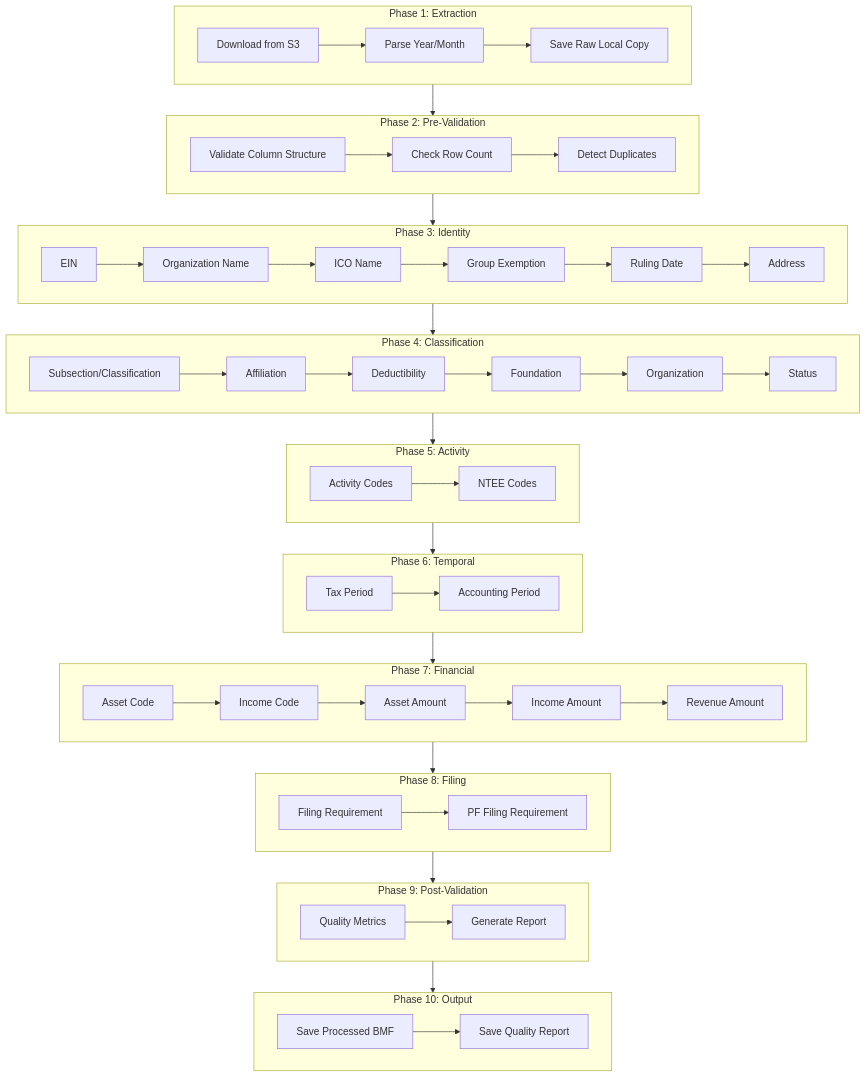
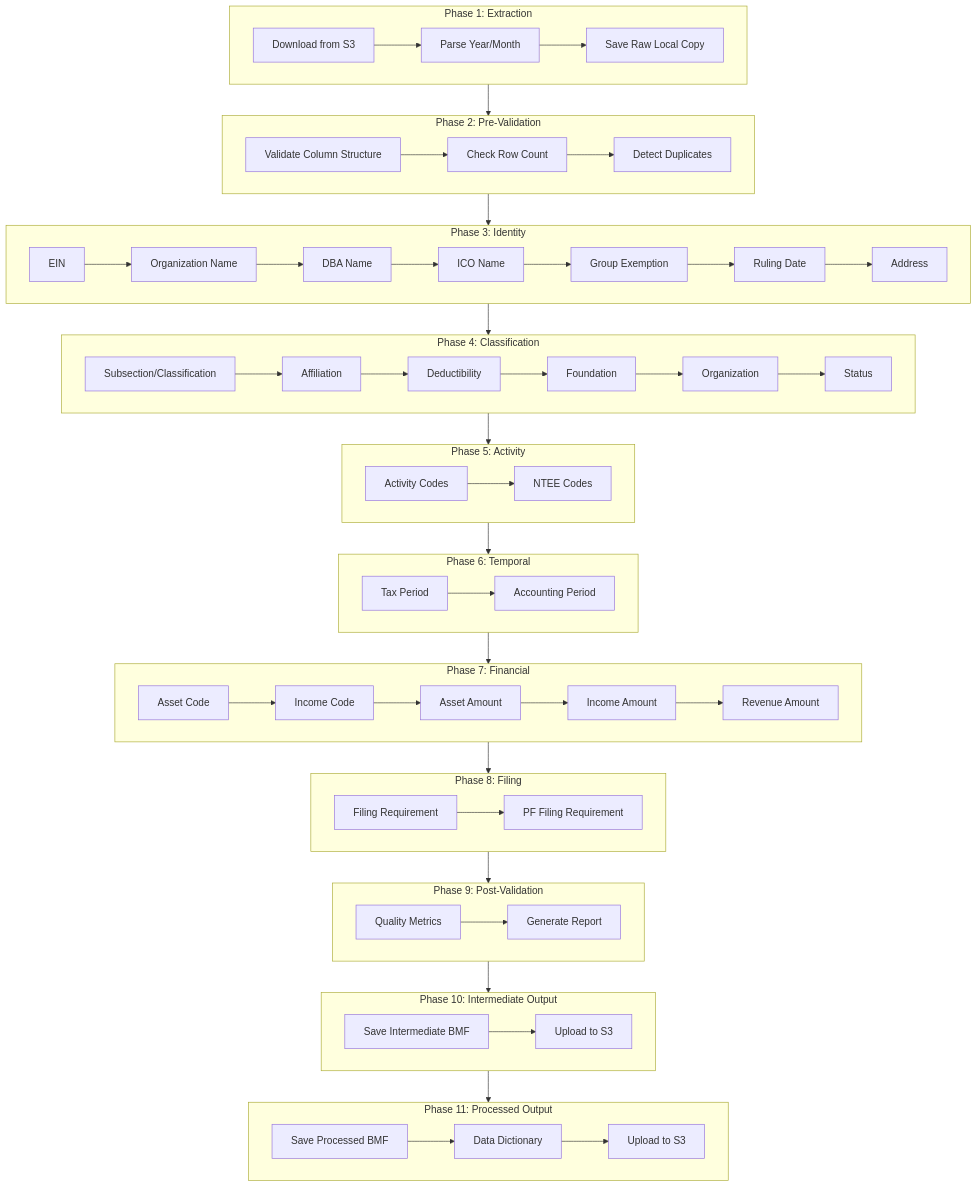
One commit to UrbanInstitute/nccs-data-bmf changed the first of 3 diagrams in docs/01-architecture.qmd. Above: the diagram before and after it, drawn with Mermaid. The commit also changed other lines of this file and 11 other files, not shown here.

````diff
--- a/docs/01-architecture.qmd
+++ b/docs/01-architecture.qmd
@@ -11,66 +11,72 @@
 ```{mermaid}
 %%| fig-width: 8
 flowchart TB
     subgraph Phase1["Phase 1: Extraction"]
         A1[Download from S3] --> A2[Parse Year/Month]
         A2 --> A3[Save Raw Local Copy]
     end
 
     subgraph Phase2["Phase 2: Pre-Validation"]
         B1[Validate Column Structure] --> B2[Check Row Count]
         B2 --> B3[Detect Duplicates]
     end
 
     subgraph Phase3["Phase 3: Identity"]
         C1[EIN] --> C2[Organization Name]
-        C2 --> C3[ICO Name]
-        C3 --> C4[Group Exemption]
-        C4 --> C5[Ruling Date]
-        C5 --> C6[Address]
+        C2 --> C3[DBA Name]
+        C3 --> C4[ICO Name]
+        C4 --> C5[Group Exemption]
+        C5 --> C6[Ruling Date]
+        C6 --> C7[Address]
     end
 
     subgraph Phase4["Phase 4: Classification"]
         D1[Subsection/Classification] --> D2[Affiliation]
         D2 --> D3[Deductibility]
         D3 --> D4[Foundation]
         D4 --> D5[Organization]
         D5 --> D6[Status]
     end
 
     subgraph Phase5["Phase 5: Activity"]
         E1[Activity Codes] --> E2[NTEE Codes]
     end
 
     subgraph Phase6["Phase 6: Temporal"]
         F1[Tax Period] --> F2[Accounting Period]
     end
 
     subgraph Phase7["Phase 7: Financial"]
         G1[Asset Code] --> G2[Income Code]
         G2 --> G3[Asset Amount]
         G3 --> G4[Income Amount]
         G4 --> G5[Revenue Amount]
     end
 
     subgraph Phase8["Phase 8: Filing"]
         H1[Filing Requirement] --> H2[PF Filing Requirement]
     end
 
     subgraph Phase9["Phase 9: Post-Validation"]
         I1[Quality Metrics] --> I2[Generate Report]
     end
 
-    subgraph Phase10["Phase 10: Output"]
-        J1[Save Processed BMF] --> J2[Save Quality Report]
+    subgraph Phase10["Phase 10: Intermediate Output"]
+        J1[Save Intermediate BMF] --> J2[Upload to S3]
+    end
+
+    subgraph Phase11["Phase 11: Processed Output"]
+        K1[Save Processed BMF] --> K2[Data Dictionary] --> K3[Upload to S3]
     end
 
     Phase1 --> Phase2
     Phase2 --> Phase3
     Phase3 --> Phase4
     Phase4 --> Phase5
     Phase5 --> Phase6
     Phase6 --> Phase7
     Phase7 --> Phase8
     Phase8 --> Phase9
     Phase9 --> Phase10
+    Phase10 --> Phase11
 ```
````
